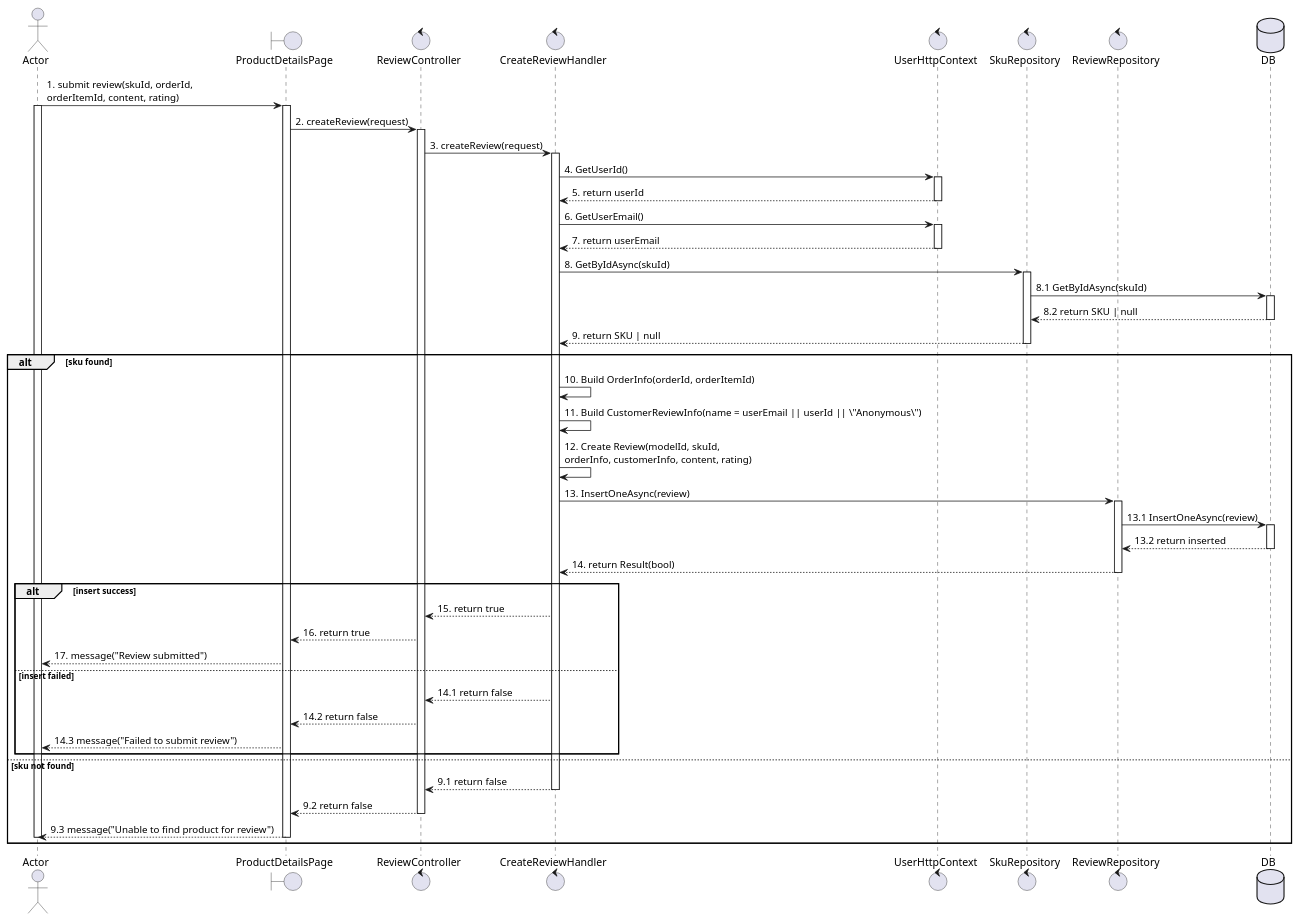
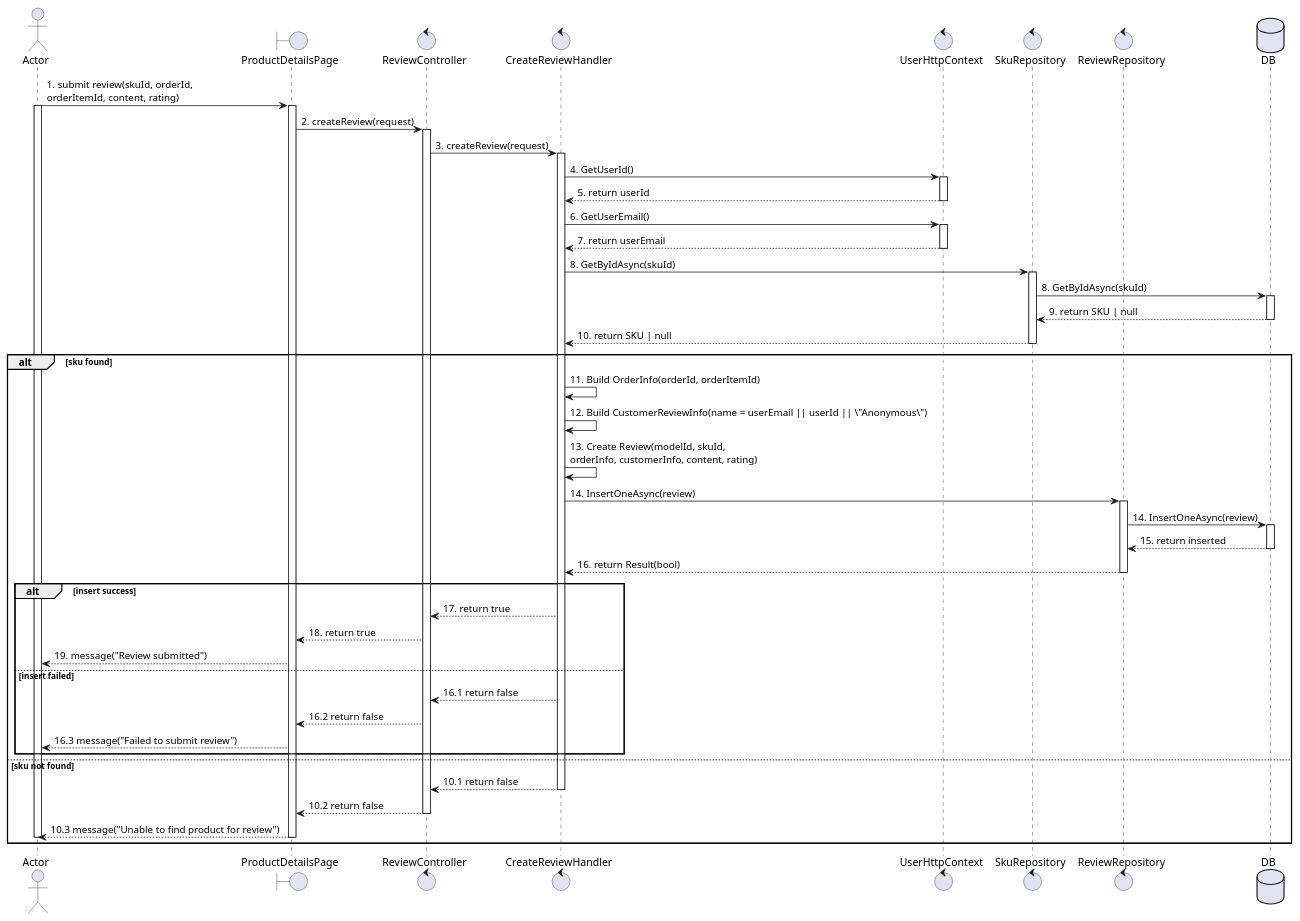
One commit to Young-Z-Generation-YZG/your-comfort-my-apple changed the diagram in docs/usecases/UC29_write-review.plantuml. Above: the diagram before and after it, drawn with PlantUML. The commit also changed 2 other files, not shown here.

```diff
--- a/docs/usecases/UC29_write-review.plantuml
+++ b/docs/usecases/UC29_write-review.plantuml
@@ -1,73 +1,73 @@
 @startuml UC33_write_review
 actor Actor
 boundary ProductDetailsPage
 control ReviewController
 control CreateReviewHandler
 control UserHttpContext
 control SkuRepository
 control ReviewRepository
 database DB
 
 Actor -> ProductDetailsPage: 1. submit review(skuId, orderId,\norderItemId, content, rating)
 activate Actor
 activate ProductDetailsPage
 
 ProductDetailsPage -> ReviewController: 2. createReview(request)
 activate ReviewController
 
 ReviewController -> CreateReviewHandler: 3. createReview(request)
 activate CreateReviewHandler
 
 CreateReviewHandler -> UserHttpContext: 4. GetUserId()
 activate UserHttpContext
 UserHttpContext --> CreateReviewHandler: 5. return userId
 deactivate UserHttpContext
 
 CreateReviewHandler -> UserHttpContext: 6. GetUserEmail()
 activate UserHttpContext
 UserHttpContext --> CreateReviewHandler: 7. return userEmail
 deactivate UserHttpContext
 
 CreateReviewHandler -> SkuRepository: 8. GetByIdAsync(skuId)
 activate SkuRepository
-SkuRepository -> DB: 8.1 GetByIdAsync(skuId)
+SkuRepository -> DB: 8. GetByIdAsync(skuId)
 activate DB
-DB --> SkuRepository: 8.2 return SKU | null
+DB --> SkuRepository: 9. return SKU | null
 deactivate DB
-SkuRepository --> CreateReviewHandler: 9. return SKU | null
+SkuRepository --> CreateReviewHandler: 10. return SKU | null
 deactivate SkuRepository
 
 alt sku found
-    CreateReviewHandler -> CreateReviewHandler: 10. Build OrderInfo(orderId, orderItemId)
-    CreateReviewHandler -> CreateReviewHandler: 11. Build CustomerReviewInfo(name = userEmail || userId || \"Anonymous\")
-    CreateReviewHandler -> CreateReviewHandler: 12. Create Review(modelId, skuId,\norderInfo, customerInfo, content, rating)
+    CreateReviewHandler -> CreateReviewHandler: 11. Build OrderInfo(orderId, orderItemId)
+    CreateReviewHandler -> CreateReviewHandler: 12. Build CustomerReviewInfo(name = userEmail || userId || \"Anonymous\")
+    CreateReviewHandler -> CreateReviewHandler: 13. Create Review(modelId, skuId,\norderInfo, customerInfo, content, rating)
 
-    CreateReviewHandler -> ReviewRepository: 13. InsertOneAsync(review)
+    CreateReviewHandler -> ReviewRepository: 14. InsertOneAsync(review)
     activate ReviewRepository
-    ReviewRepository -> DB: 13.1 InsertOneAsync(review)
+    ReviewRepository -> DB: 14. InsertOneAsync(review)
     activate DB
-    DB --> ReviewRepository: 13.2 return inserted
+    DB --> ReviewRepository: 15. return inserted
     deactivate DB
-    ReviewRepository --> CreateReviewHandler: 14. return Result(bool)
+    ReviewRepository --> CreateReviewHandler: 16. return Result(bool)
     deactivate ReviewRepository
 
     alt insert success
-        CreateReviewHandler --> ReviewController: 15. return true
-        ReviewController --> ProductDetailsPage: 16. return true
-        ProductDetailsPage --> Actor: 17. message("Review submitted")
+        CreateReviewHandler --> ReviewController: 17. return true
+        ReviewController --> ProductDetailsPage: 18. return true
+        ProductDetailsPage --> Actor: 19. message("Review submitted")
     else insert failed
-        CreateReviewHandler --> ReviewController: 14.1 return false
-        ReviewController --> ProductDetailsPage: 14.2 return false
-        ProductDetailsPage --> Actor: 14.3 message("Failed to submit review")
+        CreateReviewHandler --> ReviewController: 16.1 return false
+        ReviewController --> ProductDetailsPage: 16.2 return false
+        ProductDetailsPage --> Actor: 16.3 message("Failed to submit review")
     end
 else sku not found
-    CreateReviewHandler --> ReviewController: 9.1 return false
+    CreateReviewHandler --> ReviewController: 10.1 return false
     deactivate CreateReviewHandler
-    ReviewController --> ProductDetailsPage: 9.2 return false
+    ReviewController --> ProductDetailsPage: 10.2 return false
     deactivate ReviewController
-    ProductDetailsPage --> Actor: 9.3 message("Unable to find product for review")
+    ProductDetailsPage --> Actor: 10.3 message("Unable to find product for review")
     deactivate ProductDetailsPage
     deactivate Actor
 end
 
 @enduml
```
